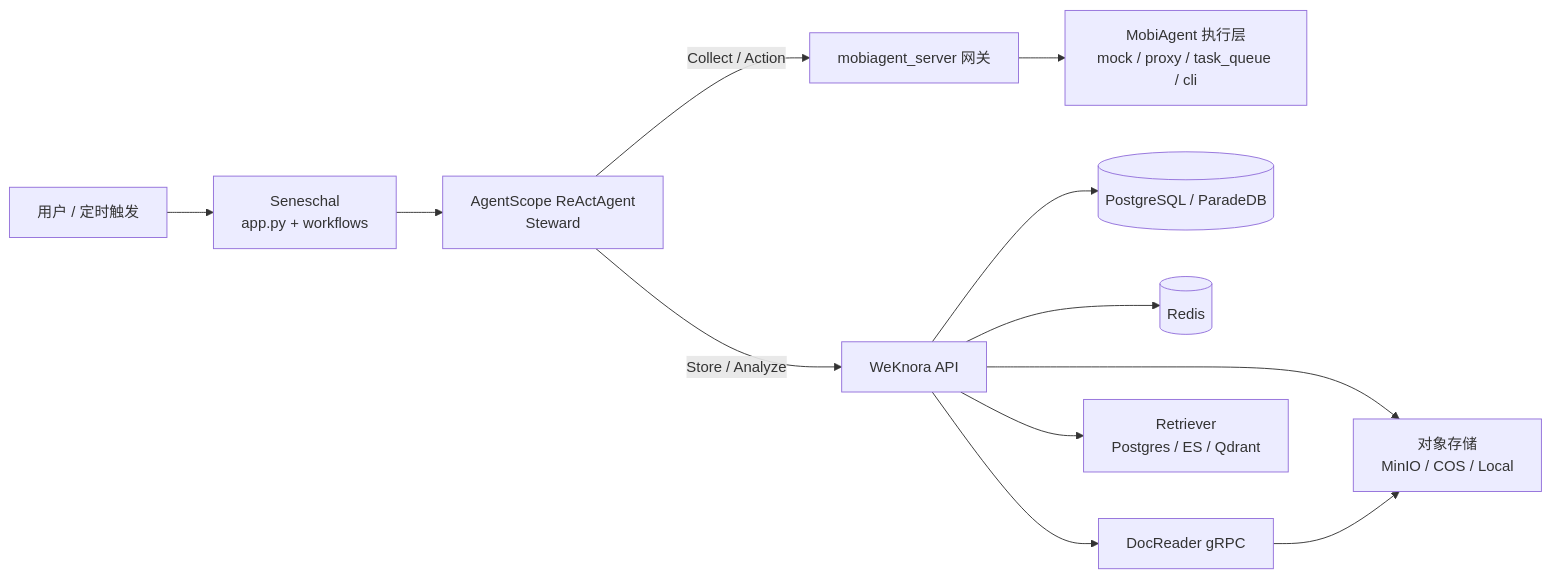
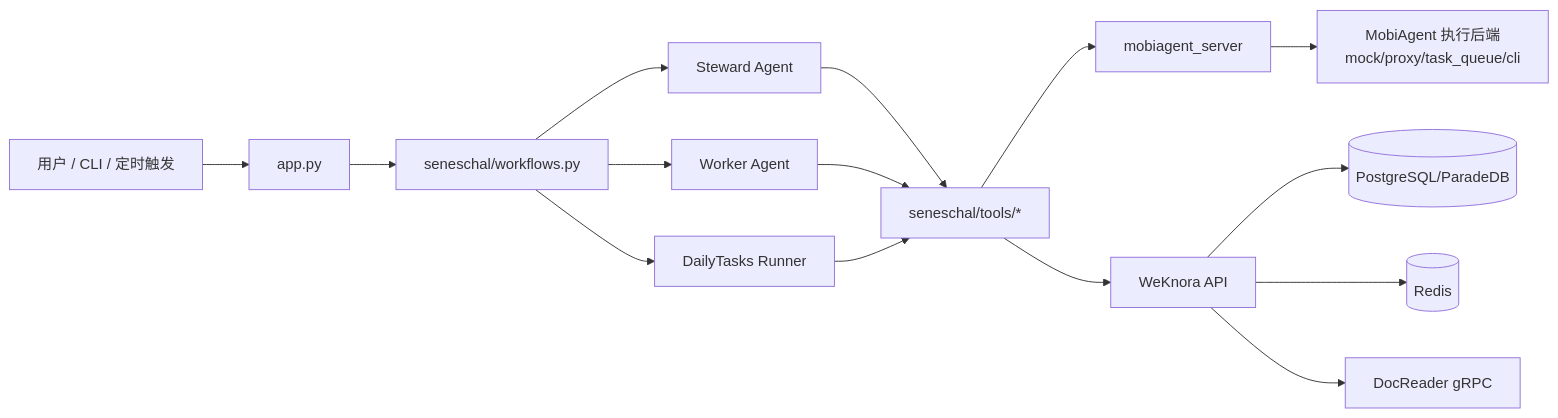
Before and after one commit to IPADS-SAI/MobiClaw: the diagram in docs/Seneschal-简化架构图.md, drawn with Mermaid. The commit also changed other lines of this file and 7 other files, not shown here.

````diff
--- a/docs/Seneschal-简化架构图.md
+++ b/docs/Seneschal-简化架构图.md
@@ -5,17 +5,20 @@
 ```mermaid
 flowchart LR
-    U[用户 / 定时触发] --> S[Seneschal<br/>app.py + workflows]
-    S --> A[AgentScope ReActAgent<br/>Steward]
+    U[用户 / CLI / 定时触发] --> APP[app.py]
+    APP --> WF[seneschal/workflows.py]
+    WF --> SA[Steward Agent]
+    WF --> WA[Worker Agent]
+    WF --> DT[DailyTasks Runner]
 
-    A -->|Collect / Action| G[mobiagent_server 网关]
-    G --> M[MobiAgent 执行层<br/>mock / proxy / task_queue / cli]
+    SA --> T[seneschal/tools/*]
+    WA --> T
+    DT --> T
 
-    A -->|Store / Analyze| W[WeKnora API]
-    W --> P[(PostgreSQL / ParadeDB)]
-    W --> R[(Redis)]
-    W --> D[DocReader gRPC]
-    W --> V[Retriever<br/>Postgres / ES / Qdrant]
-    W --> O[对象存储<br/>MinIO / COS / Local]
+    T --> MG[mobiagent_server]
+    T --> WK[WeKnora API]
 
-    D --> O
+    MG --> MExec[MobiAgent 执行后端\nmock/proxy/task_queue/cli]
+    WK --> DB[(PostgreSQL/ParadeDB)]
+    WK --> RE[(Redis)]
+    WK --> DR[DocReader gRPC]
 ```
````
